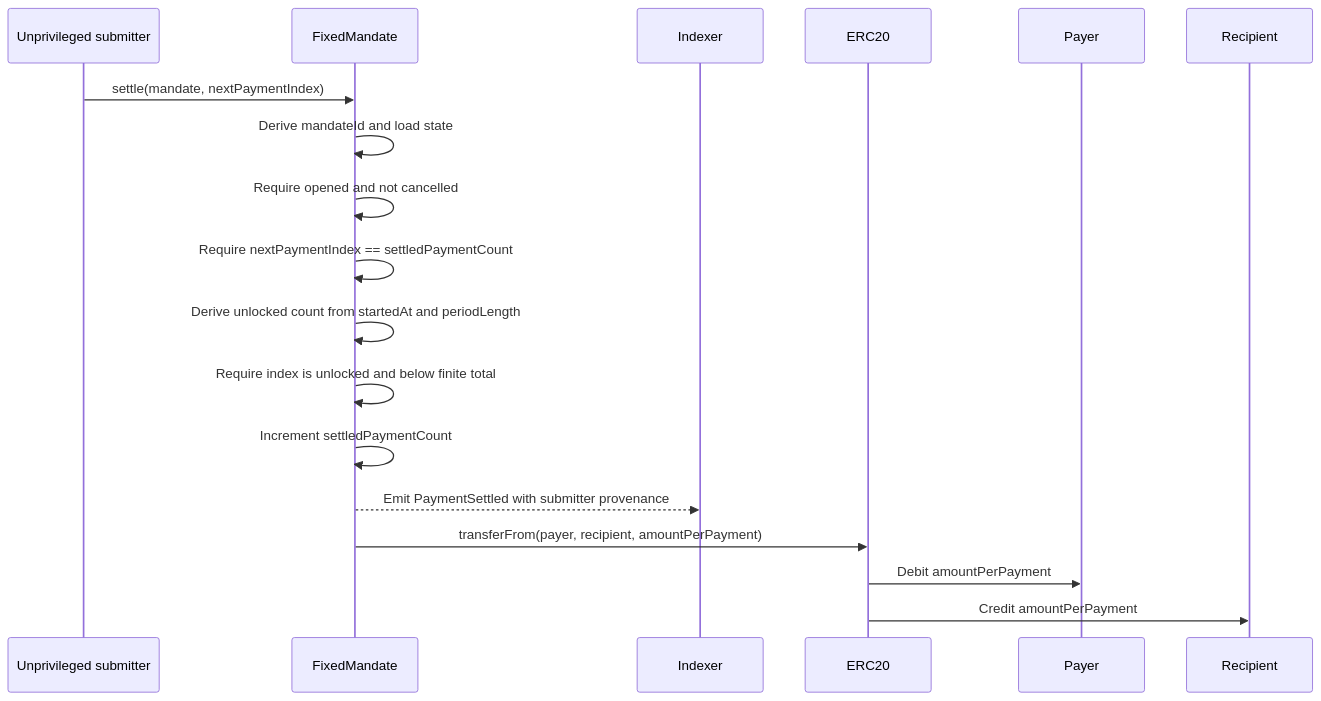
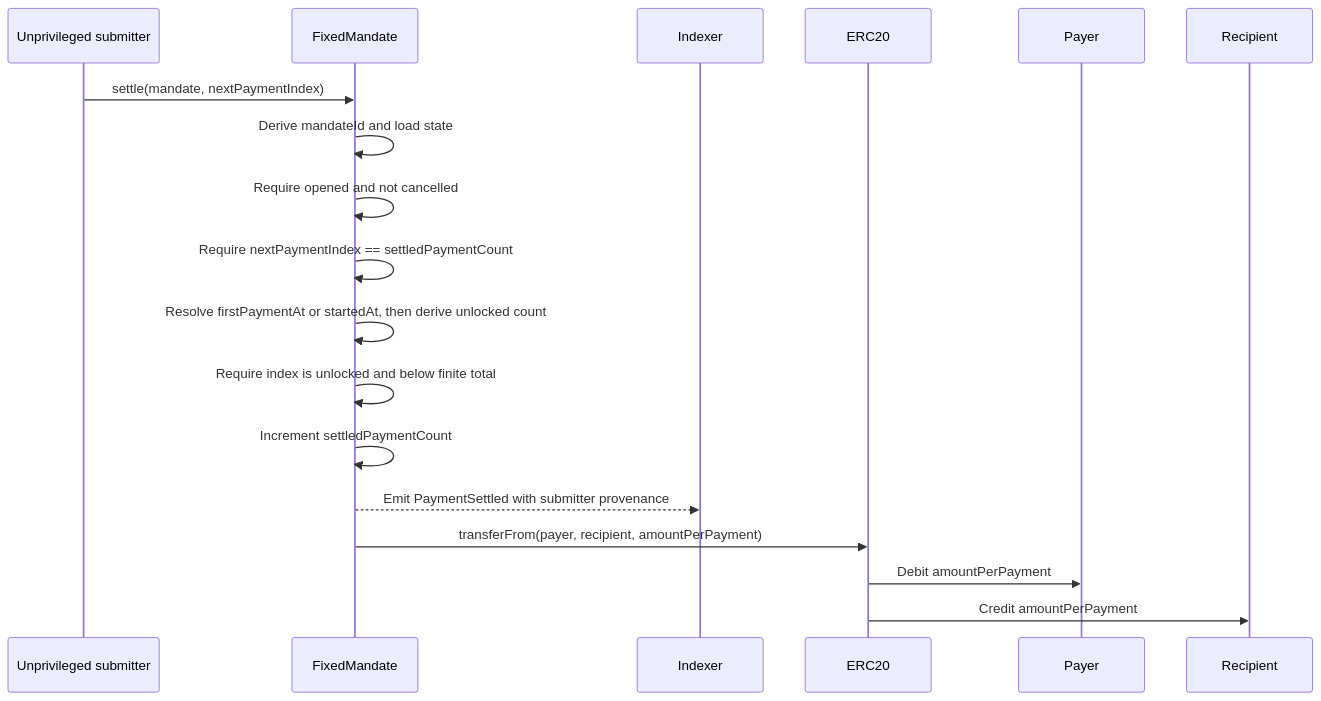
One commit to alexroan/mandate-protocol changed the third of 4 diagrams in PROTOCOL.md. Above: the diagram before and after it, drawn with Mermaid. The commit also changed other lines of this file and 15 other files, not shown here.

Commit message:
First payment date

````diff
--- a/PROTOCOL.md
+++ b/PROTOCOL.md
@@ -306,21 +321,21 @@
 ```mermaid
 sequenceDiagram
     participant S as Unprivileged submitter
     participant E as FixedMandate
     participant I as Indexer
     participant T as ERC20
     participant P as Payer
     participant R as Recipient
 
     S->>E: settle(mandate, nextPaymentIndex)
     E->>E: Derive mandateId and load state
     E->>E: Require opened and not cancelled
     E->>E: Require nextPaymentIndex == settledPaymentCount
-    E->>E: Derive unlocked count from startedAt and periodLength
+    E->>E: Resolve firstPaymentAt or startedAt, then derive unlocked count
     E->>E: Require index is unlocked and below finite total
     E->>E: Increment settledPaymentCount
     E-->>I: Emit PaymentSettled with submitter provenance
     E->>T: transferFrom(payer, recipient, amountPerPayment)
     T->>P: Debit amountPerPayment
     T->>R: Credit amountPerPayment
 ```
````
